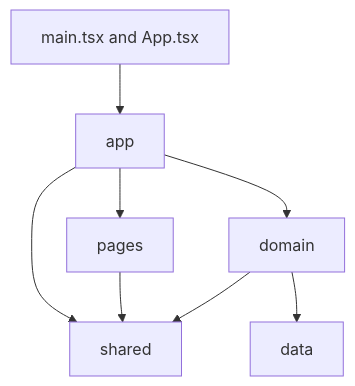
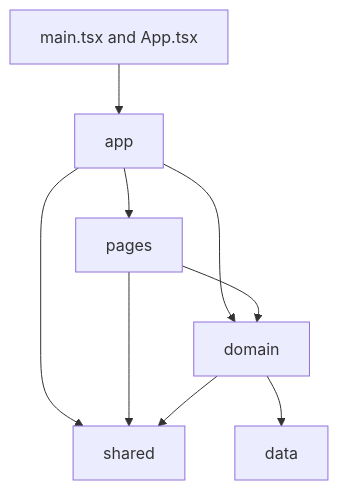
Before and after one commit to eirikenriquez/The-Word-per-Minute: the second of 4 diagrams in docs/architecture.md, drawn with Mermaid. The commit also changed other lines of this file, not shown here.

Commit message:
clarify architecture boundaries

````diff
--- a/docs/architecture.md
+++ b/docs/architecture.md
@@ -102,10 +97,11 @@
 ```mermaid
 flowchart TD
   entry["main.tsx and App.tsx"] --> app["app"]
   app --> pages["pages"]
   app --> domain["domain"]
   app --> shared["shared"]
+  pages --> domain
   pages --> shared
   domain --> shared
   domain --> data["data"]
 ```
````
